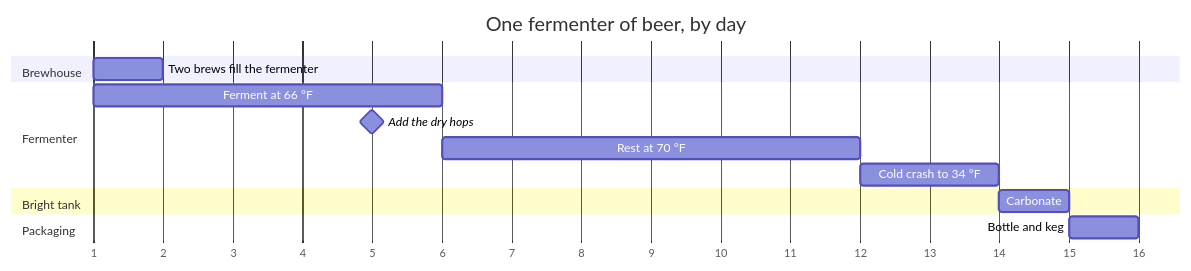
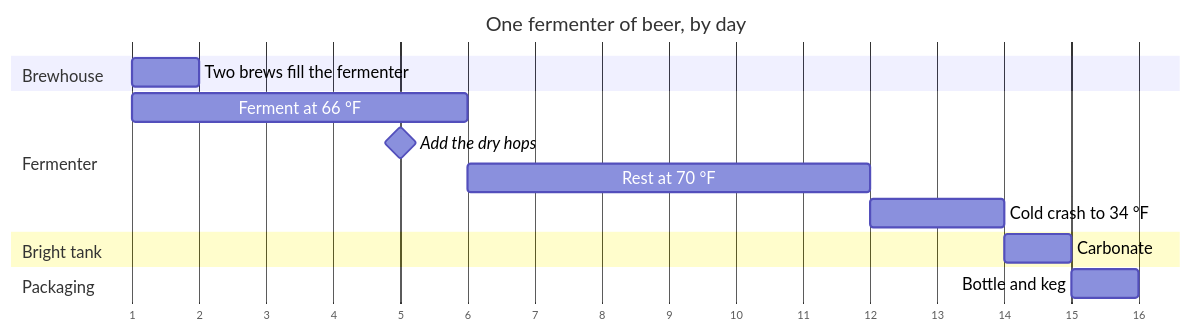
Before and after one commit to GhostofGoes/brew: the third of 16 diagrams in README.md, drawn with Mermaid. The commit also changed other lines of this file and 1 other file, not shown here.

First line of the commit message:
docs(cherrymountain): enlarge the text of the vendor-access sequence diagram and the batch Gantt chart

````diff
--- a/README.md
+++ b/README.md
@@ -237,18 +237,19 @@
 ```mermaid
+%%{init: {"gantt": {"fontSize": 15, "sectionFontSize": 15, "barHeight": 26, "barGap": 6, "leftPadding": 110}}}%%
 gantt
   title One fermenter of beer, by day
   dateFormat YYYY-MM-DD
   axisFormat %-d
   tickInterval 1day
   section Brewhouse
     Two brews fill the fermenter        :b1, 2001-01-01, 1d
   section Fermenter
     Ferment at 66 °F                    :f1, 2001-01-01, 5d
     Add the dry hops                    :milestone, 2001-01-05, 0d
     Rest at 70 °F                       :f2, after f1, 6d
     Cold crash to 34 °F                 :f3, after f2, 2d
   section Bright tank
     Carbonate                           :t1, after f3, 1d
   section Packaging
     Bottle and keg                      :p1, after t1, 1d
 ```
````
